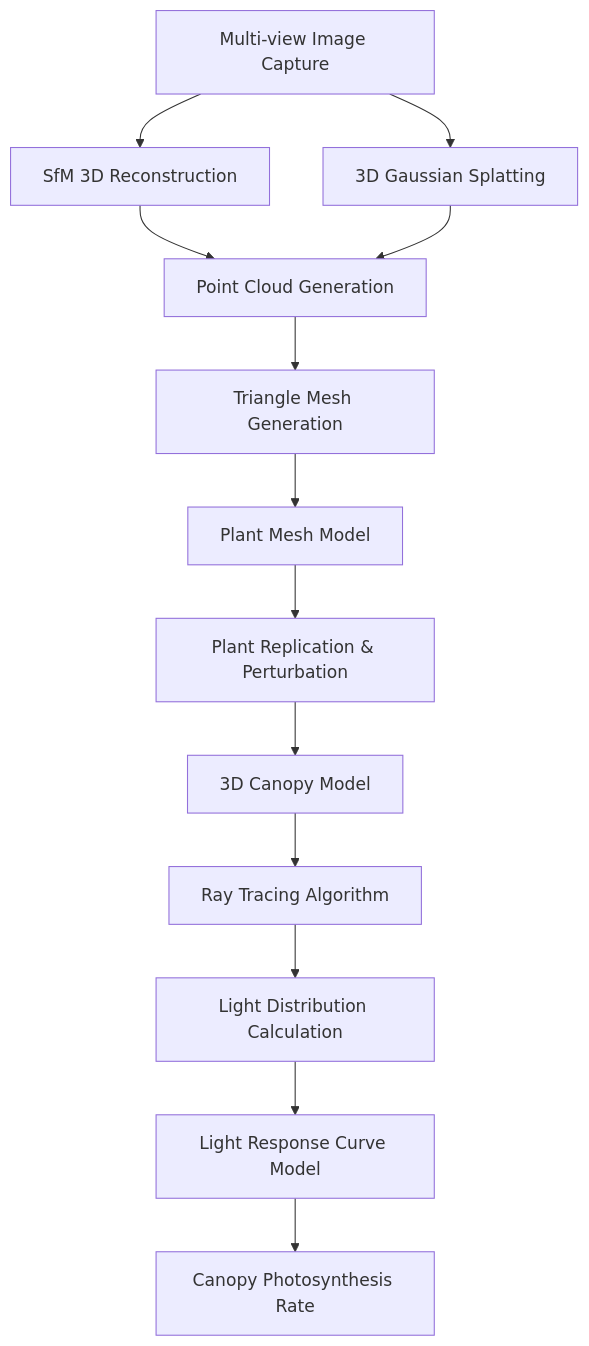
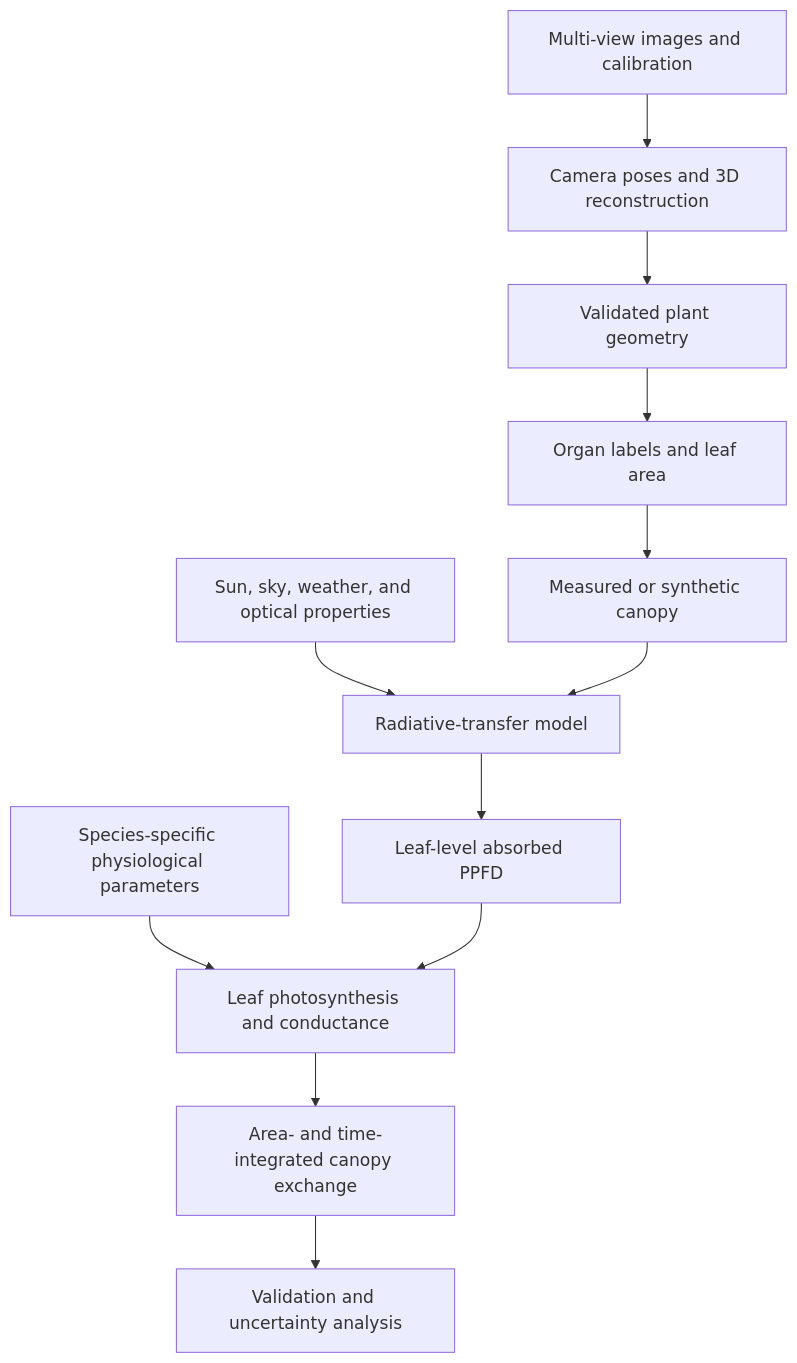
One commit to smiler488/smiler488.github.io changed the diagram in blog/2023-08-20-canopy-photosynthesis-modeling.md. Above: the diagram before and after it, drawn with Mermaid. The commit also changed other lines of this file and 37 other files, not shown here.

````diff
--- a/blog/2023-08-20-canopy-photosynthesis-modeling.md
+++ b/blog/2023-08-20-canopy-photosynthesis-modeling.md
@@ -19,15 +28,14 @@
 ```mermaid
-graph TD
-    A[Multi-view Image Capture] --> B[SfM 3D Reconstruction]
-    A --> C[3D Gaussian Splatting]
-    B --> D[Point Cloud Generation]
-    C --> D
-    D --> E[Triangle Mesh Generation]
-    E --> F[Plant Mesh Model]
-    F --> G[Plant Replication & Perturbation]
-    G --> H[3D Canopy Model]
-    H --> I[Ray Tracing Algorithm]
-    I --> J[Light Distribution Calculation]
-    J --> K[Light Response Curve Model]
-    K --> L[Canopy Photosynthesis Rate]
+flowchart TD
+    A[Multi-view images and calibration] --> B[Camera poses and 3D reconstruction]
+    B --> C[Validated plant geometry]
+    C --> D[Organ labels and leaf area]
+    D --> E[Measured or synthetic canopy]
+    F[Sun, sky, weather, and optical properties] --> G[Radiative-transfer model]
+    E --> G
+    G --> H[Leaf-level absorbed PPFD]
+    I[Species-specific physiological parameters] --> J[Leaf photosynthesis and conductance]
+    H --> J
+    J --> K[Area- and time-integrated canopy exchange]
+    K --> L[Validation and uncertainty analysis]
 ```
````
